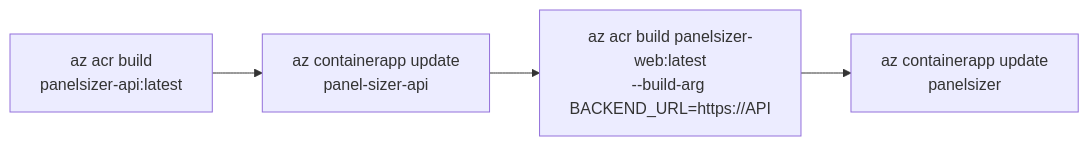
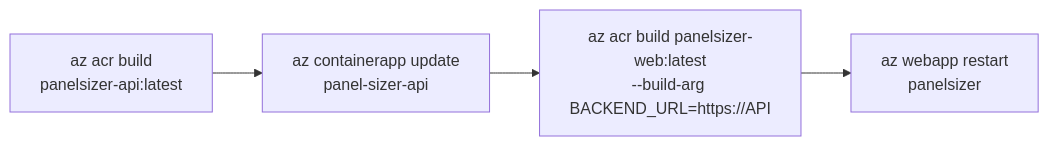
Before and after one commit to Larson-Building-Systems-Laboratory/PanelSizer_Web_Tool: the fourth of 4 diagrams in README.md, drawn with Mermaid. The commit also changed other lines of this file and 20 other files, not shown here.

````diff
--- a/README.md
+++ b/README.md
@@ -130,6 +130,6 @@
 ```mermaid
 flowchart LR
     A1["az acr build<br/>panelsizer-api:latest"] --> A2["az containerapp update<br/>panel-sizer-api"]
-    W1["az acr build panelsizer-web:latest<br/>--build-arg BACKEND_URL=https://API"] --> W2["az containerapp update<br/>panelsizer"]
+    W1["az acr build panelsizer-web:latest<br/>--build-arg BACKEND_URL=https://API"] --> W2["az webapp restart<br/>panelsizer"]
     A2 --> W1
 ```
````
